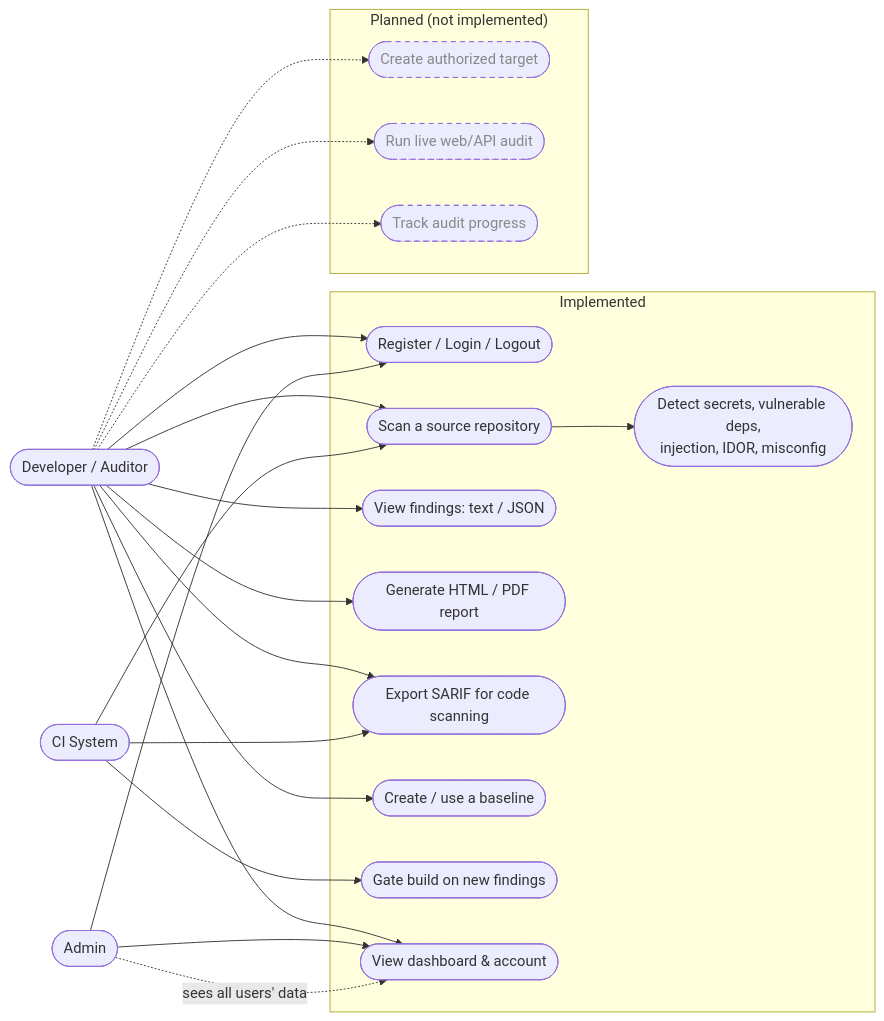
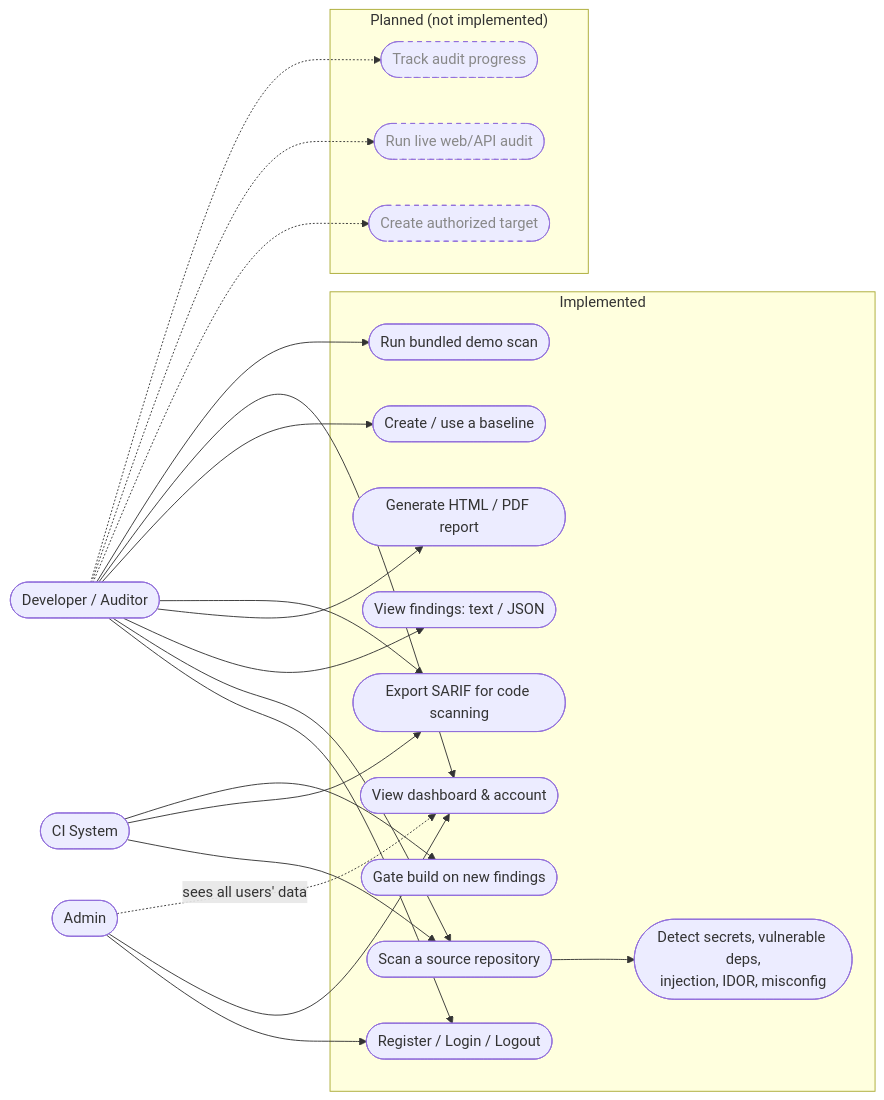
The diagram in docs/diagrams/01-use-case.md (pranithreddy12/SecureAgent), drawn with Mermaid before and after one commit. The commit also changed 18 other files, not shown here.

Commit message:
Demo fixtures pack: secureagent demo scans a bundled deliberately vulnerable sample app

````diff
--- a/docs/diagrams/01-use-case.md
+++ b/docs/diagrams/01-use-case.md
@@ -6,33 +6,34 @@
 ```mermaid
 flowchart LR
     dev([Developer / Auditor])
     admin([Admin])
     ci([CI System])
 
     subgraph Implemented
         UC1([Register / Login / Logout])
         UC2([Scan a source repository])
         UC3([Detect secrets, vulnerable deps,<br/>injection, IDOR, misconfig])
         UC4([View findings: text / JSON])
         UC5([Generate HTML / PDF report])
         UC6([Export SARIF for code scanning])
         UC7([Create / use a baseline])
         UC8([Gate build on new findings])
         UC9([View dashboard & account])
+        UC13([Run bundled demo scan])
     end
 
     subgraph "Planned (not implemented)"
         UC10([Create authorized target]):::planned
         UC11([Run live web/API audit]):::planned
         UC12([Track audit progress]):::planned
     end
 
-    dev --> UC1 & UC2 & UC4 & UC5 & UC6 & UC7 & UC9
+    dev --> UC1 & UC2 & UC4 & UC5 & UC6 & UC7 & UC9 & UC13
     dev -.-> UC10 & UC11 & UC12
     UC2 --> UC3
     ci --> UC2 & UC6 & UC8
     admin --> UC1 & UC9
     admin -. sees all users' data .-> UC9
 
     classDef planned stroke-dasharray: 5 5,color:#888;
 ```
````
